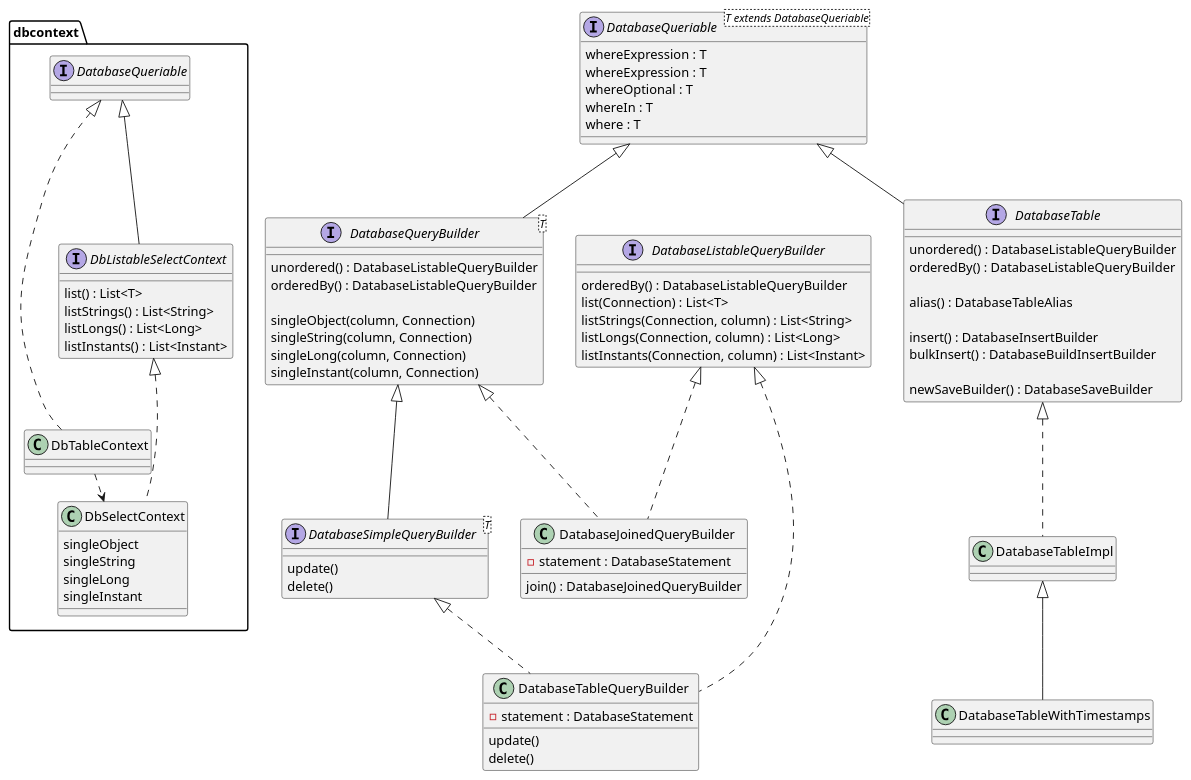
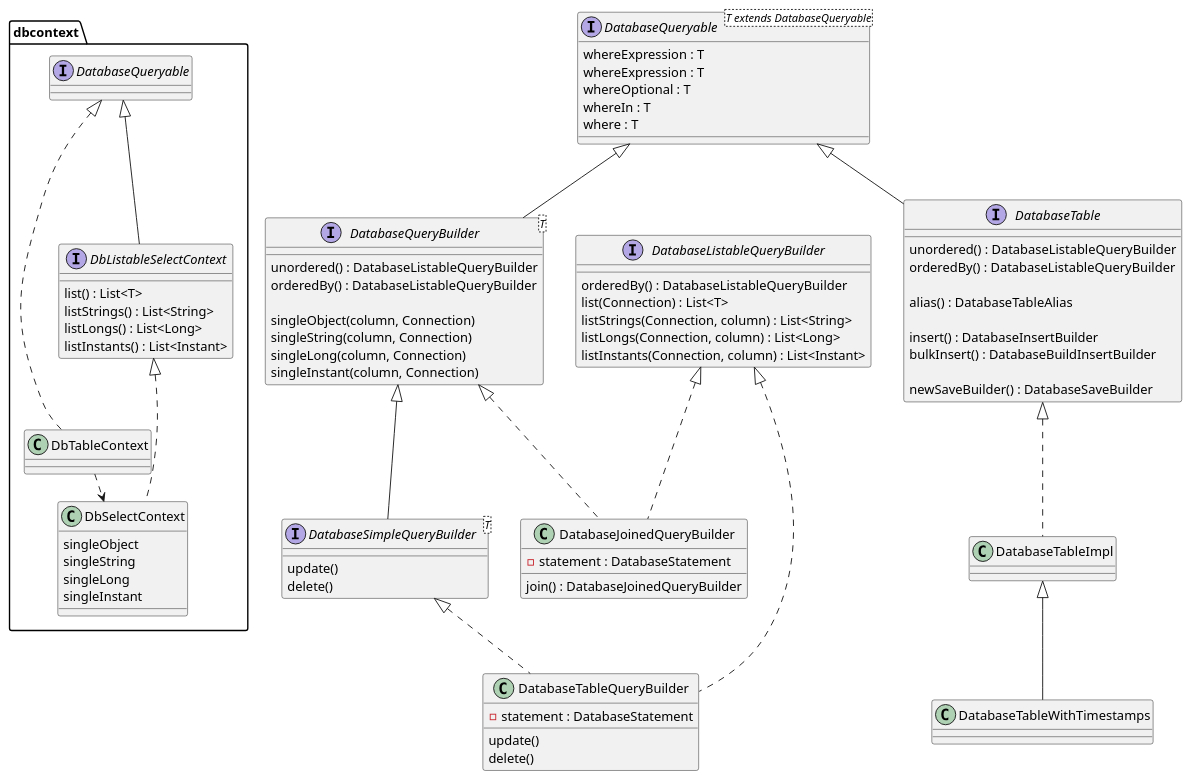
The diagram in doc/classes.puml (jhannes/fluent-jdbc), drawn with PlantUML before and after one commit. The commit also changed 228 other files, not shown here.

```diff
--- a/doc/classes.puml
+++ b/doc/classes.puml
@@ -1,85 +1,85 @@
 @startuml
 
-interface DatabaseQueriable<T extends DatabaseQueriable> {
+interface DatabaseQueryable<T extends DatabaseQueryable> {
     whereExpression : T
     whereExpression : T
     whereOptional : T
     whereIn : T
     where : T
 }
 
-interface DatabaseQueryBuilder<T> extends DatabaseQueriable {
+interface DatabaseQueryBuilder<T> extends DatabaseQueryable {
     unordered() : DatabaseListableQueryBuilder
     orderedBy() : DatabaseListableQueryBuilder
 
     singleObject(column, Connection)
     singleString(column, Connection)
     singleLong(column, Connection)
     singleInstant(column, Connection)
 }
 
 interface DatabaseSimpleQueryBuilder<T> extends DatabaseQueryBuilder {
     update()
     delete()
 }
 
-interface DatabaseTable extends DatabaseQueriable {
+interface DatabaseTable extends DatabaseQueryable {
    unordered() : DatabaseListableQueryBuilder
    orderedBy() : DatabaseListableQueryBuilder
 
    alias() : DatabaseTableAlias
 
    insert() : DatabaseInsertBuilder
    bulkInsert() : DatabaseBuildInsertBuilder
 
    newSaveBuilder() : DatabaseSaveBuilder
 }
 
 interface DatabaseListableQueryBuilder {
     orderedBy() : DatabaseListableQueryBuilder
     list(Connection) : List<T>
     listStrings(Connection, column) : List<String>
     listLongs(Connection, column) : List<Long>
     listInstants(Connection, column) : List<Instant>
 }
 
 class DatabaseTableQueryBuilder implements DatabaseSimpleQueryBuilder, DatabaseListableQueryBuilder {
     update()
     delete()
 
     - statement : DatabaseStatement
 }
 
 class DatabaseJoinedQueryBuilder implements DatabaseQueryBuilder, DatabaseListableQueryBuilder {
     join() : DatabaseJoinedQueryBuilder
     - statement : DatabaseStatement
 }
 
 class DatabaseTableImpl implements DatabaseTable {
 }
 
 class DatabaseTableWithTimestamps extends DatabaseTableImpl {
 }
 
 package dbcontext {
 
-    interface DbListableSelectContext extends DatabaseQueriable {
+    interface DbListableSelectContext extends DatabaseQueryable {
         list() : List<T>
         listStrings() : List<String>
         listLongs() : List<Long>
         listInstants() : List<Instant>
     }
 
-    class DbTableContext implements DatabaseQueriable {
+    class DbTableContext implements DatabaseQueryable {
     }
 
     class DbSelectContext implements DbListableSelectContext {
         singleObject
         singleString
         singleLong
         singleInstant
     }
 
     DbTableContext .right.> DbSelectContext: creates
 }
 @enduml
```
